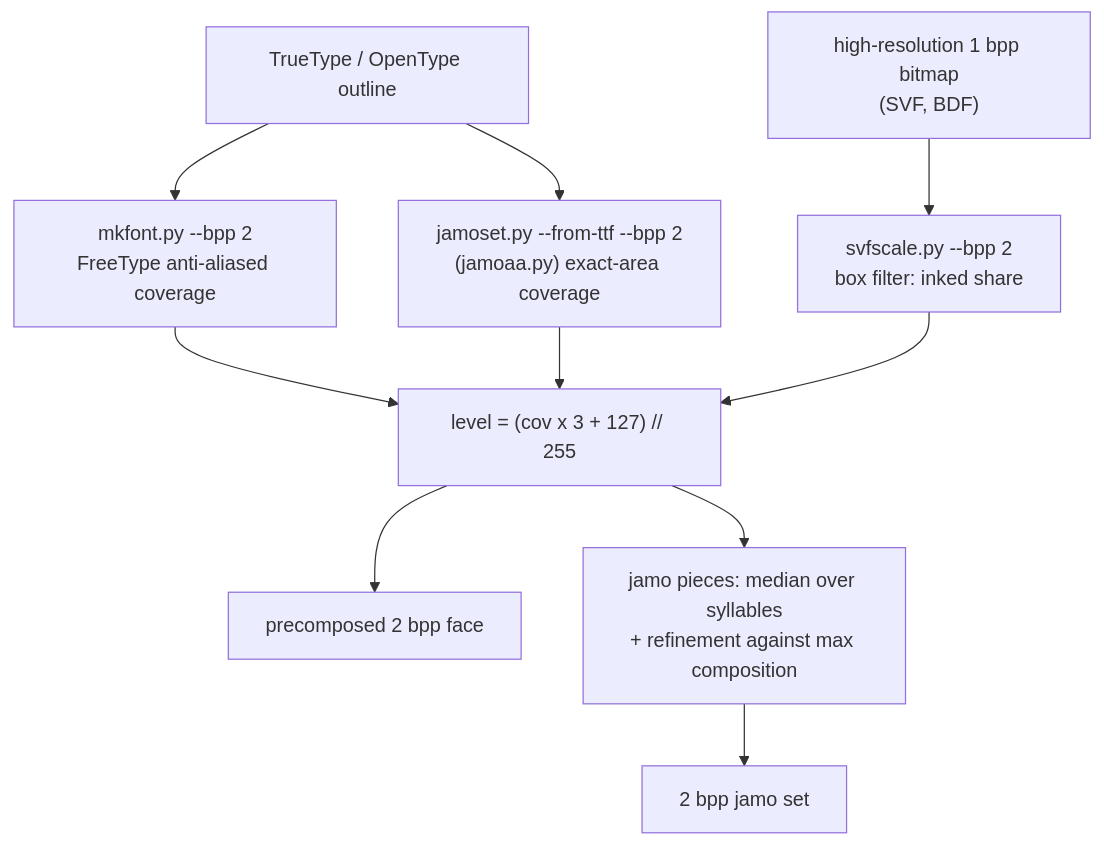
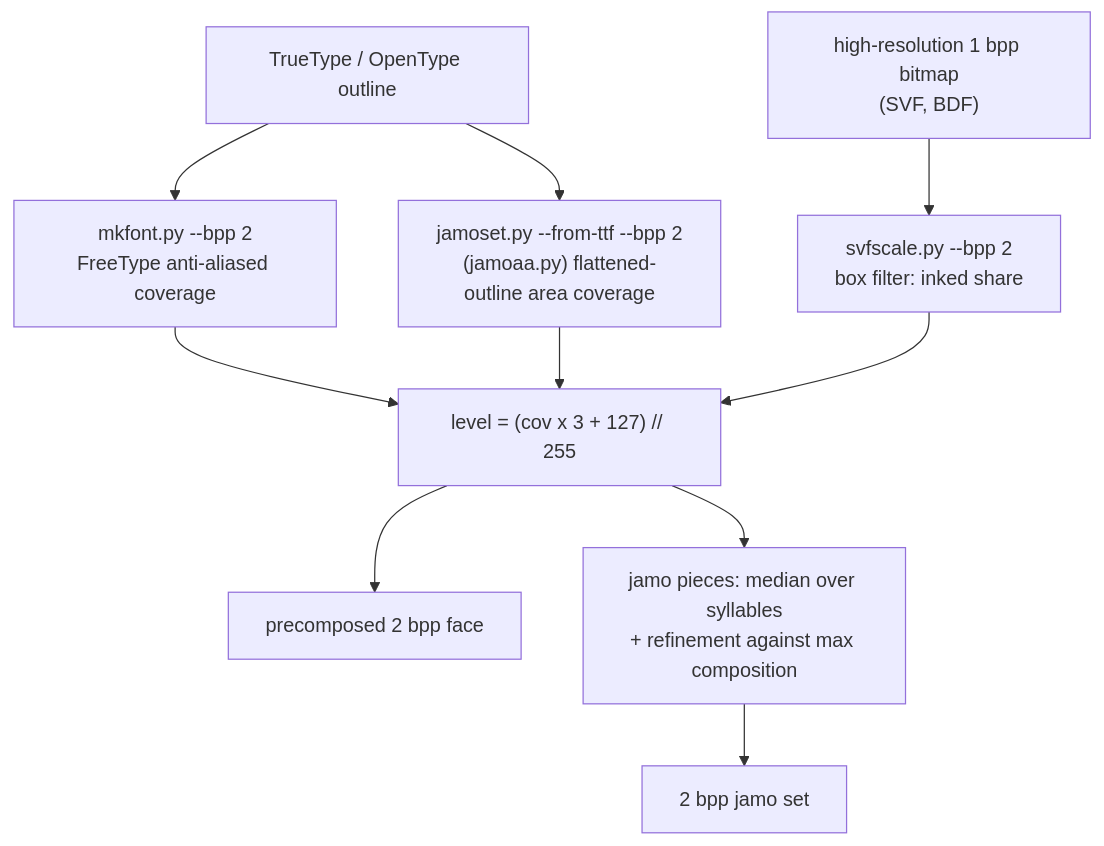
Before and after one commit to TaehyunKimLL/svf-fonts-open: the third of 3 diagrams in docs/anti-aliasing.md, drawn with Mermaid. The commit also changed other lines of this file and 3 other files, not shown here.

````diff
--- a/docs/anti-aliasing.md
+++ b/docs/anti-aliasing.md
@@ -252,12 +253,12 @@
 ```mermaid
 flowchart TD
   TTF["TrueType / OpenType outline"] --> R1["mkfont.py --bpp 2<br/>FreeType anti-aliased coverage"]
-  TTF --> R2["jamoset.py --from-ttf --bpp 2<br/>(jamoaa.py) exact-area coverage"]
+  TTF --> R2["jamoset.py --from-ttf --bpp 2<br/>(jamoaa.py) flattened-outline area coverage"]
   BIG["high-resolution 1 bpp bitmap<br/>(SVF, BDF)"] --> R3["svfscale.py --bpp 2<br/>box filter: inked share"]
   R1 --> Q["level = (cov x 3 + 127) // 255"]
   R2 --> Q
   R3 --> Q
   Q --> PRE["precomposed 2 bpp face"]
   Q --> JS["jamo pieces: median over syllables<br/>+ refinement against max composition"]
   JS --> JAMO["2 bpp jamo set"]
 ```
````
